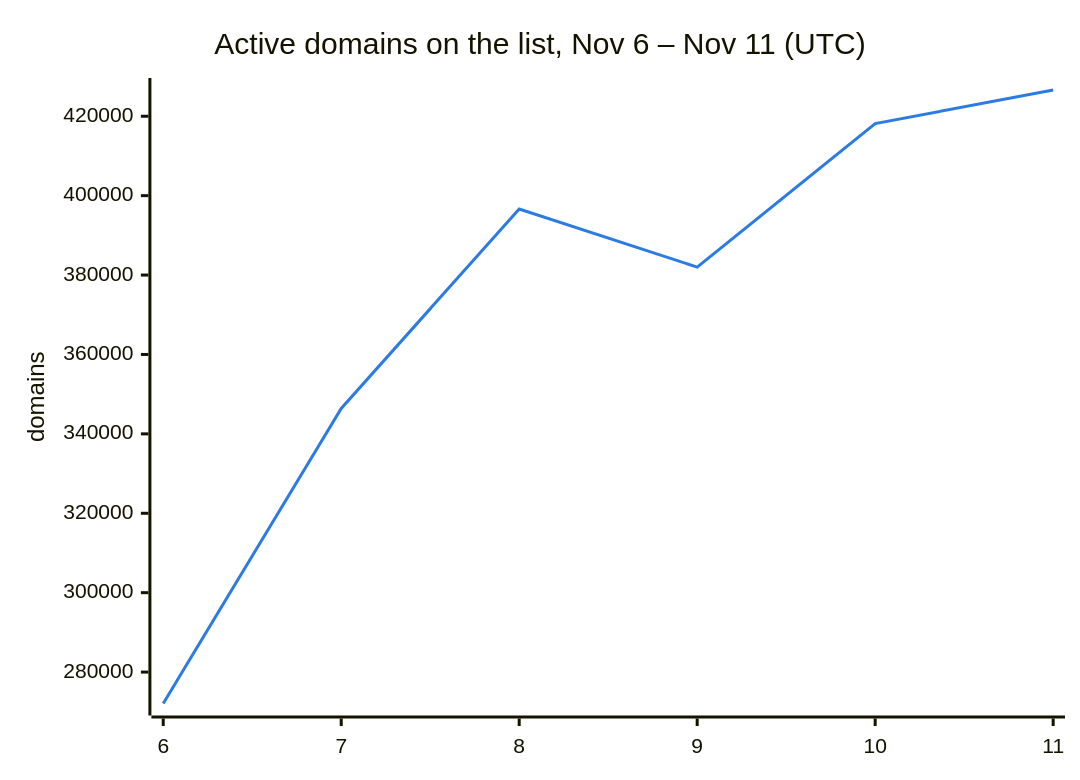
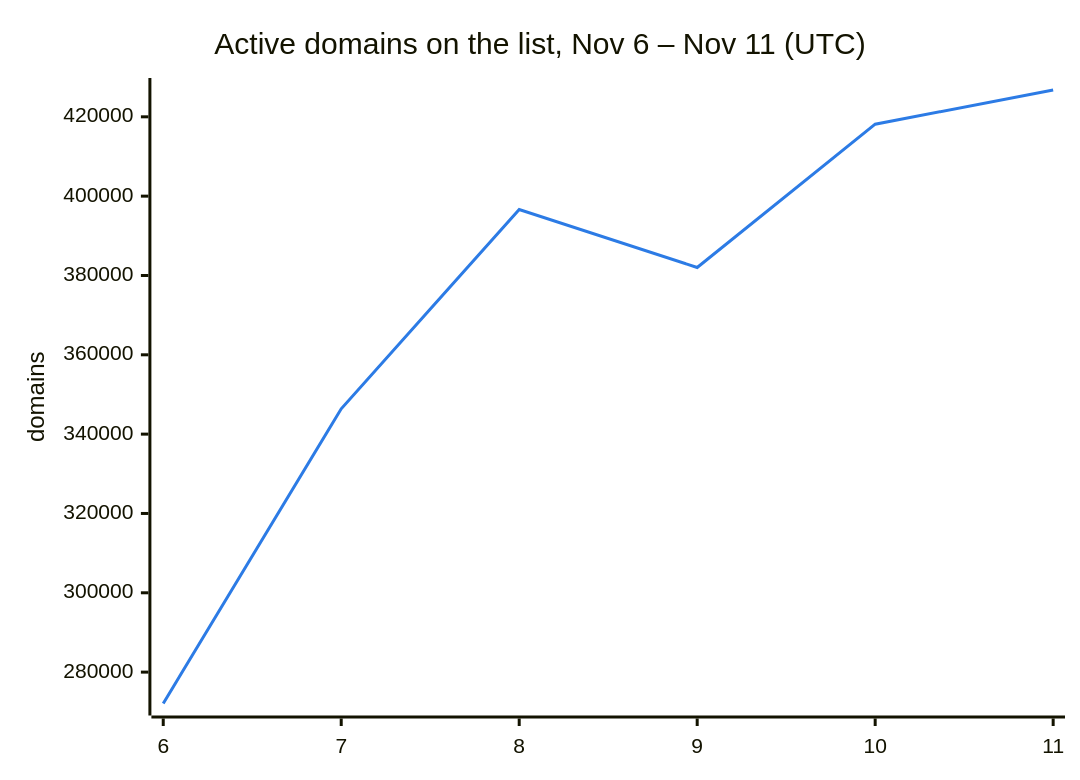
Before and after one commit to DNSBunker/CTI: the second of 3 diagrams in README.md, drawn with Mermaid. The commit also changed other lines of this file and 3 other files, not shown here.

````diff
--- a/README.md
+++ b/README.md
@@ -38,8 +38,8 @@
 ```mermaid
 %%{init: {"themeVariables": {"xyChart": {"plotColorPalette": "#2c7be5"}}}}%%
 xychart-beta
     title "Active domains on the list, Nov 6 – Nov 11 (UTC)"
     x-axis ["6", "7", "8", "9", "10", "11"]
     y-axis "domains"
-    line [272088, 346388, 396638, 382009, 418143, 426610]
+    line [272088, 346388, 396638, 382009, 418143, 426762]
 ```
````
